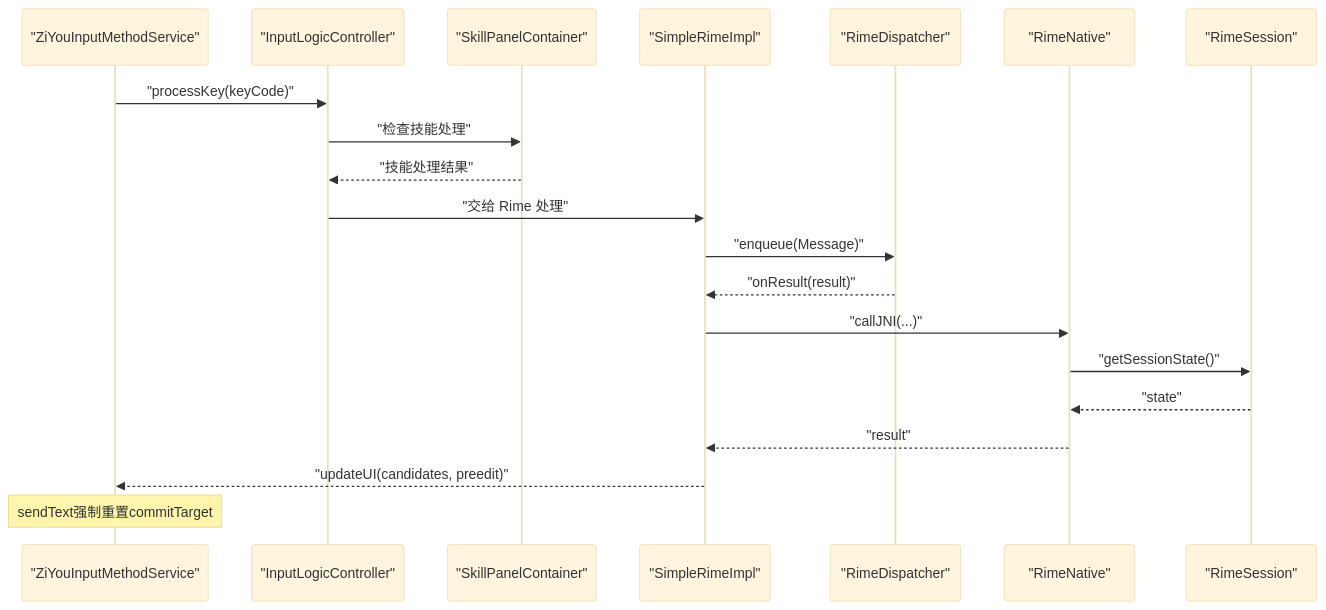
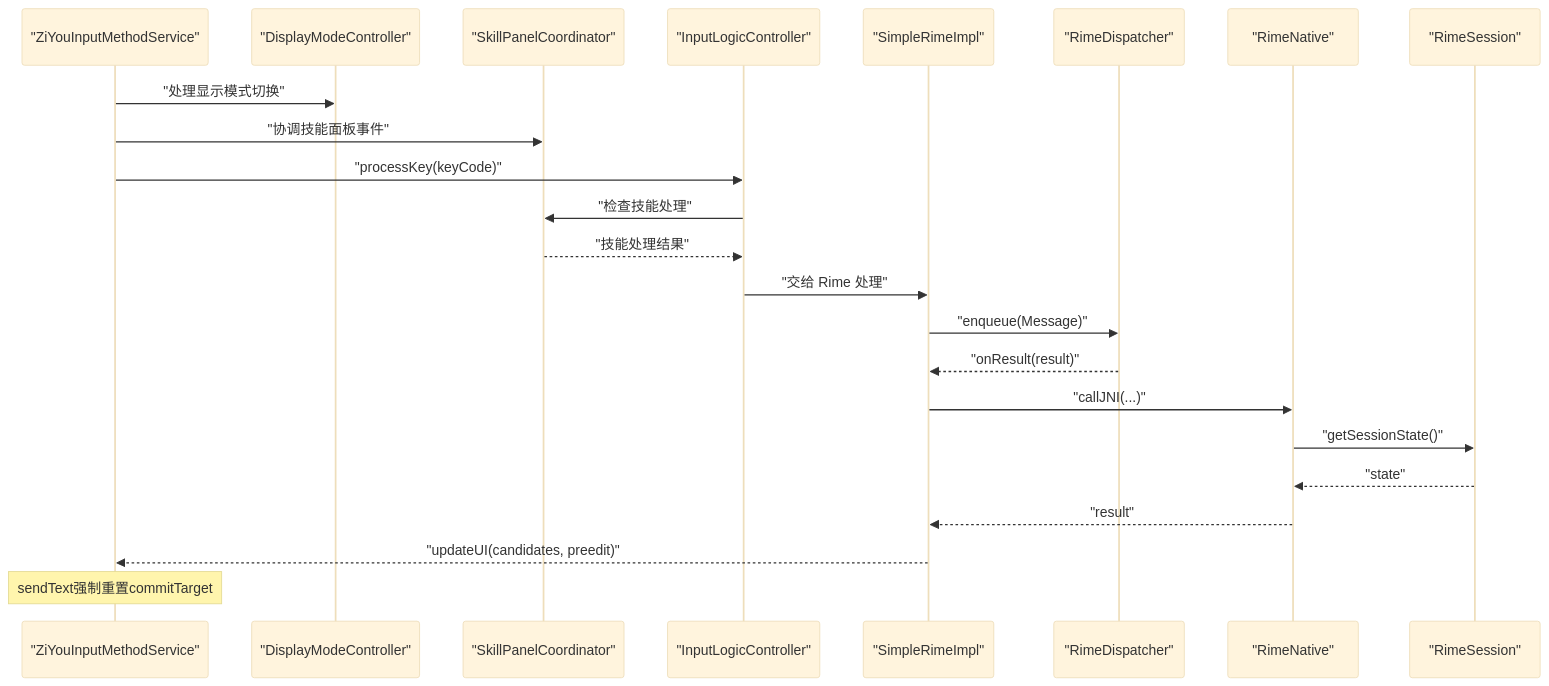
Before and after one commit to qiaodashaoye/ziyou-ime: the fourth of 6 diagrams in .qoder/repowiki/zh/content/输入法服务.md, drawn with Mermaid (base theme). The commit also changed other lines of this file and 7 other files, not shown here.

````diff
--- a/.qoder/repowiki/zh/content/输入法服务.md
+++ b/.qoder/repowiki/zh/content/输入法服务.md
@@ -379,22 +433,25 @@
 ```mermaid
 sequenceDiagram
 participant Service as "ZiYouInputMethodService"
+participant ModeController as "DisplayModeController"
+participant SkillCoordinator as "SkillPanelCoordinator"
 participant Controller as "InputLogicController"
-participant SkillPanel as "SkillPanelContainer"
 participant Core as "SimpleRimeImpl"
 participant Disp as "RimeDispatcher"
 participant Native as "RimeNative"
 participant Session as "RimeSession"
+Service->>ModeController : "处理显示模式切换"
+Service->>SkillCoordinator : "协调技能面板事件"
 Service->>Controller : "processKey(keyCode)"
-Controller->>SkillPanel : "检查技能处理"
-SkillPanel-->>Controller : "技能处理结果"
+Controller->>SkillCoordinator : "检查技能处理"
+SkillCoordinator-->>Controller : "技能处理结果"
 Controller->>Core : "交给 Rime 处理"
 Core->>Disp : "enqueue(Message)"
 Disp-->>Core : "onResult(result)"
 Core->>Native : "callJNI(...)"
 Native->>Session : "getSessionState()"
 Session-->>Native : "state"
 Native-->>Core : "result"
 Core-->>Service : "updateUI(candidates, preedit)"
 Note over Service : sendText强制重置commitTarget
 ```
````
